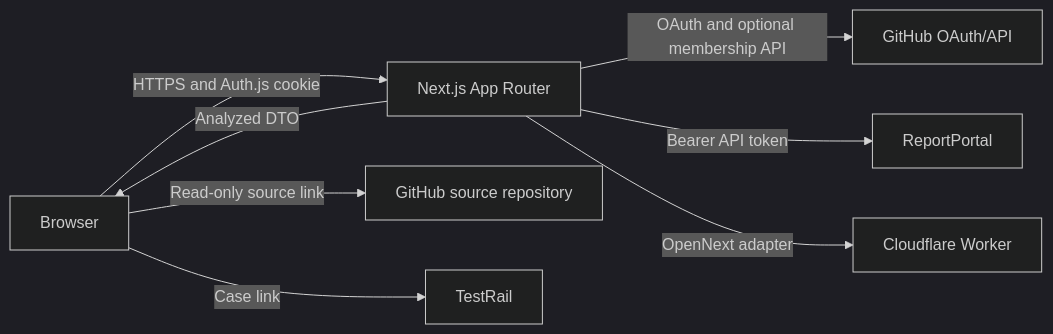
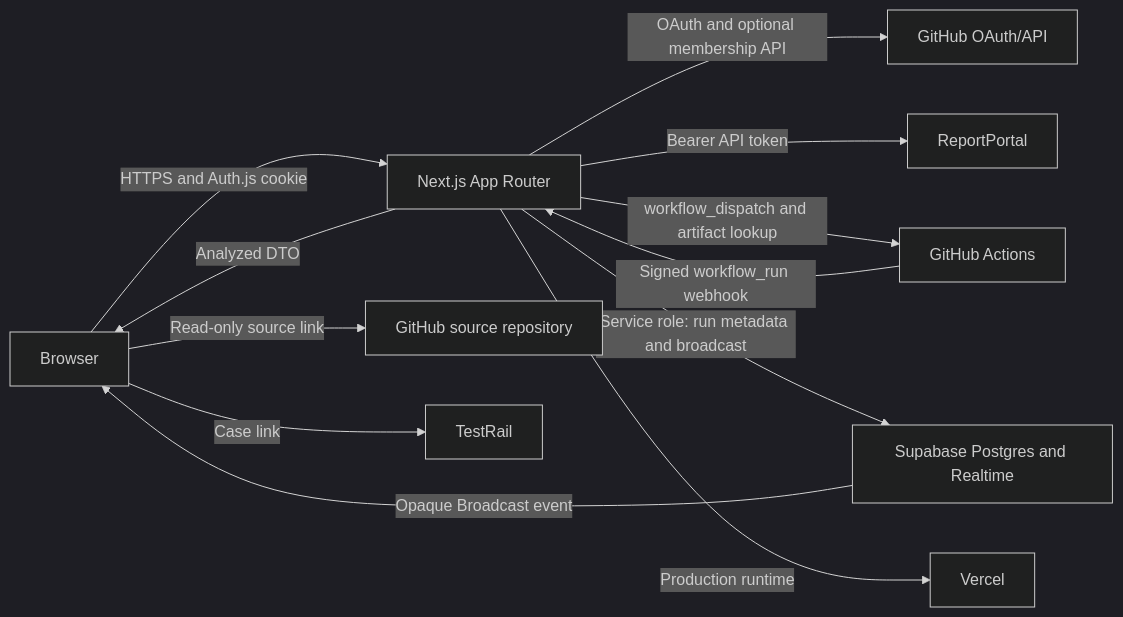
One commit to usavkov-epam/rp-failure-intelligence changed the first of 3 diagrams in docs/ENGINEERING.md. Above: the diagram before and after it, drawn with Mermaid (dark theme). The commit also changed other lines of this file and 2 other files, not shown here.

````diff
--- a/docs/ENGINEERING.md
+++ b/docs/ENGINEERING.md
@@ -56,10 +56,14 @@
 ```mermaid
 flowchart LR
   Browser[Browser] -->|HTTPS and Auth.js cookie| Next[Next.js App Router]
   Next -->|OAuth and optional membership API| GitHubAuth[GitHub OAuth/API]
   Next -->|Bearer API token| RP[ReportPortal]
   Next -->|Analyzed DTO| Browser
+  Next -->|workflow_dispatch and artifact lookup| Actions[GitHub Actions]
+  Actions -->|Signed workflow_run webhook| Next
+  Next -->|Service role: run metadata and broadcast| Supabase[Supabase Postgres and Realtime]
+  Supabase -->|Opaque Broadcast event| Browser
   Browser -->|Read-only source link| GitHubRepo[GitHub source repository]
   Browser -->|Case link| TestRail[TestRail]
-  Next -->|OpenNext adapter| CF[Cloudflare Worker]
+  Next -->|Production runtime| Vercel[Vercel]
 ```
````
